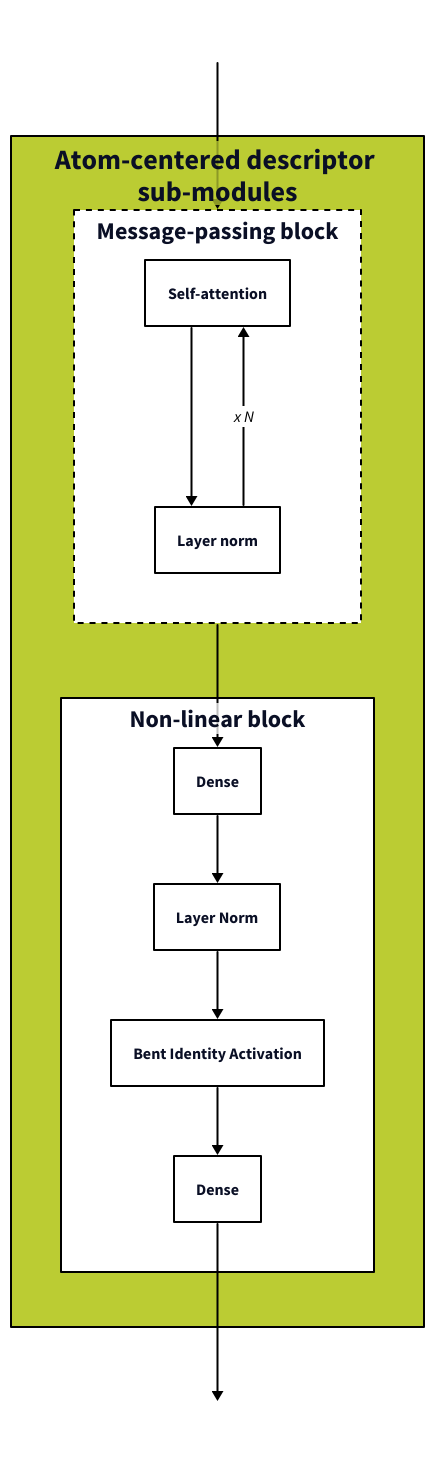
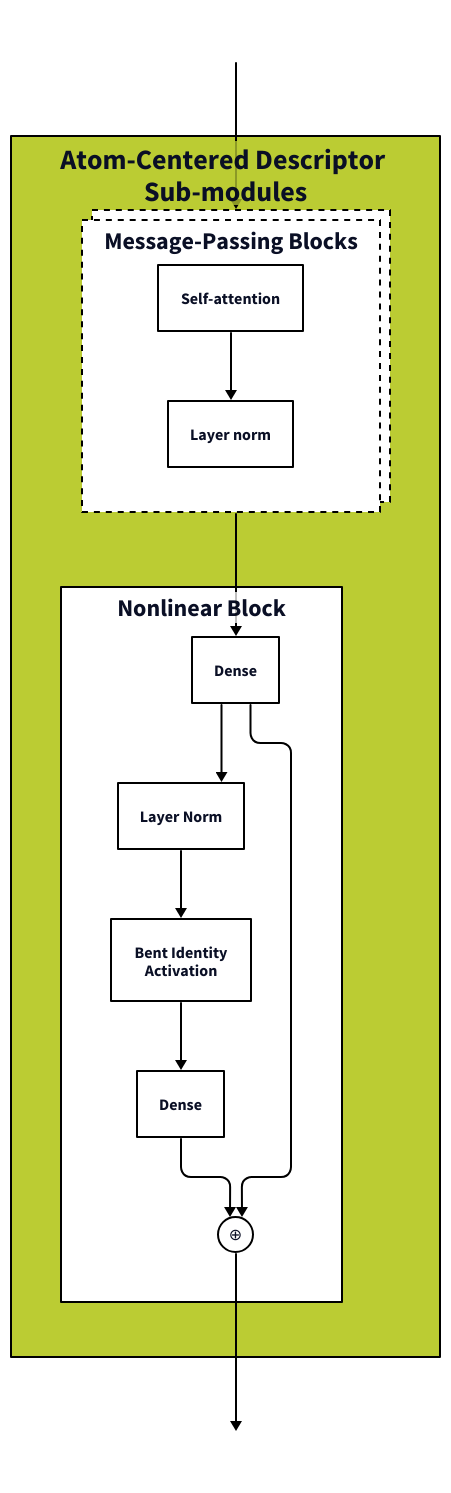
Before and after one commit to SamsungDS/gears_h: the diagram in architecture_figures/2b_ac_submodules.d2, drawn with D2.

Commit message:
Make MP block stacked and add residual connection to the NL block.

```diff
--- a/architecture_figures/2b_ac_submodules.d2
+++ b/architecture_figures/2b_ac_submodules.d2
@@ -1,117 +1,120 @@
 # direction: right
 
-ac: Atom-centered descriptor \n sub-modules {
+ac: Atom-Centered Descriptor \n Sub-modules {
     class: ac
-    mp_block:  Message-passing block {
+    mp_block:  Message-Passing Blocks {
         class: in_module
         direction: right
-        style: {stroke-dash: 3}
+        style: {stroke-dash: 3; multiple: true}
         sa: Self-attention {class: in_module}
         mpln: Layer norm{class: in_module}
         sa -> mpln: {style: {stroke: "#000000"; font-color: black}}
         # mpln -> sa: x number of message-passing steps {style: {stroke: "#000000"; font-color: black}}
     }
-    nl_block: Non-linear block {
+    nl_block: Nonlinear Block {
         class: in_module
         nld1: Dense {class: in_module}
         nld2: Dense {class: in_module}
         nlln: Layer Norm {class: in_module}
-        nlbia: Bent Identity Activation {class: in_module}
+        nlbia: Bent Identity\nActivation {class: in_module}
+        nlrc: ⊕ {class: operator}
         nld1 -> nlln -> nlbia -> nld2: {style: {stroke: "#000000"; font-color: black}}
+        nld1 -> nlrc: {style: {stroke: "#000000"; font-color: black}}
+        nld2 -> nlrc: {style: {stroke: "#000000"; font-color: black}}
     }
-    mp_block.mpln -> mp_block.sa: x N {style: {stroke: "#000000"; font-color: black; italic: true}}
+    # mp_block.mpln -> mp_block.sa: x N {style: {stroke: "#000000"; font-color: black; italic: true}}
 
     mp_block -> nl_block.nld1: {style: {stroke: "#000000"; font-color: black}}
 }
 embedding_for_rescon: {class: empty; label: ""}
 indexed_sum_for_mp: {class: empty; label: ""}
 indexed_sum_for_mp -> ac.mp_block: {style: {stroke: "#000000"; font-color: black}}
 nlout: {class: empty; label: ""}
-ac.nl_block.nld2 -> nlout: {style: {stroke: "#000000"; font-color: black}}
+ac.nl_block.nlrc -> nlout: {style: {stroke: "#000000"; font-color: black}}
 
 # embedding_for_rescon -> ac.nl_block.nlrescon: Reesidual connection {style: {stroke: "#000000"; font-color: black}}
 
 classes: {
     operator: {shape: circle
                width: 35
                height: 35
                style: {fill: "#FFFFFF"
                        stroke: "#000000"
                     #    font: mono
                       }
     }
     empty: {
             # label: ""
             width: 50
             height: 50
             style: {
                 fill: transparent
                 stroke: transparent
                 font-size: 24
             }
     }
     sarb: {
         style: {
             fill: "#44BB99"
             stroke: "#000000"
         }
     }
     in_module: {
         style: {
             fill: "#FFFFFF"
             stroke: "#000000"
             bold: true
             # opacity: 0.5
         }
     }
     ac: {
         style: {
             fill: "#BBCC33"
             stroke: "#000000"
             bold: true
         }
     }
     bc: {
         style: {
             fill: "#EEDD88"
             stroke: "#000000"
         }
     }
     rd: {
         style: {
             fill: "#EE8866"
             stroke: "#000000"
         }
     }
     ro: {
         style: {
             fill: "#FFAABB"
             stroke: "#000000"
         }
     }
     outs: {
         style: {
             fill: "#DDDDDD"
             stroke: "#000000"
             multiple: true
         }
     }
     input : {
         # label: ""
         width: 50
         height: 50
         style: {
             fill: "#99DDFF"
             stroke: "#000000"
             multiple: true
         }
     }
 }
 
 vars: {
     d2-config: {
       layout-engine: elk
       pad: 10
     #   theme-id: 101
     }
 }
```
